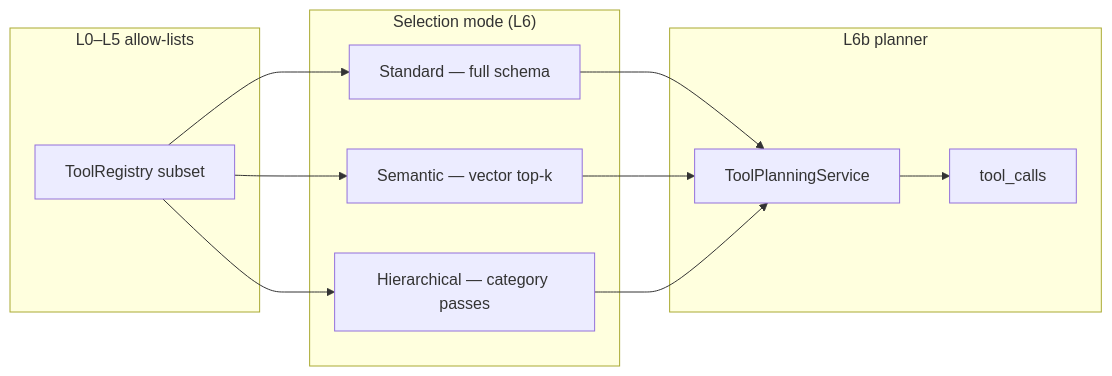
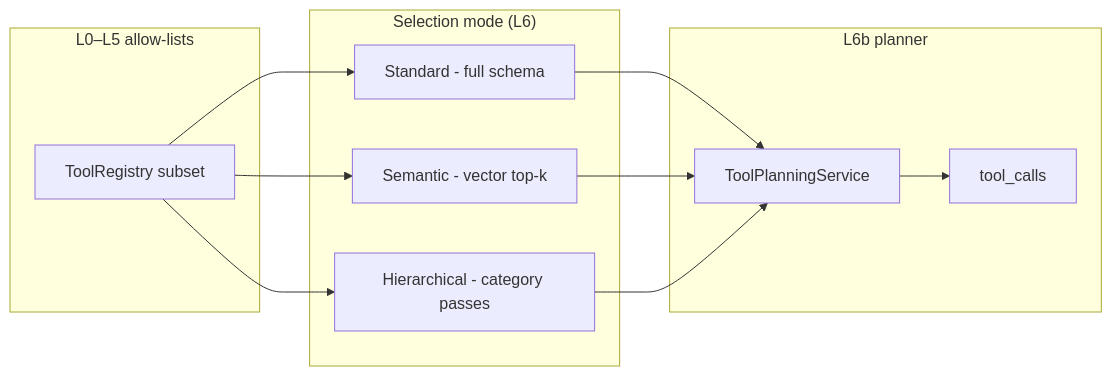
The first of 2 diagrams in docs/project/architecture/satellites/TOOLS_selection_and_plugins.md (jakbuczarnecki/intergrax), drawn with Mermaid before and after one commit. The commit also changed other lines of this file and 863 other files, not shown here.

````diff
--- a/docs/project/architecture/satellites/TOOLS_selection_and_plugins.md
+++ b/docs/project/architecture/satellites/TOOLS_selection_and_plugins.md
@@ -22,20 +22,20 @@
 ```mermaid
 flowchart LR
     subgraph Layers["L0–L5 allow-lists"]
         REG[ToolRegistry subset]
     end
 
     subgraph Mode["Selection mode (L6)"]
-        STD[Standard — full schema]
-        SEM[Semantic — vector top-k]
-        HIE[Hierarchical — category passes]
+        STD[Standard - full schema]
+        SEM[Semantic - vector top-k]
+        HIE[Hierarchical - category passes]
     end
 
     subgraph LLM["L6b planner"]
         TPS[ToolPlanningService]
         TC[tool_calls]
     end
 
     REG --> STD & SEM & HIE
     STD & SEM & HIE --> TPS --> TC
 ```
````
